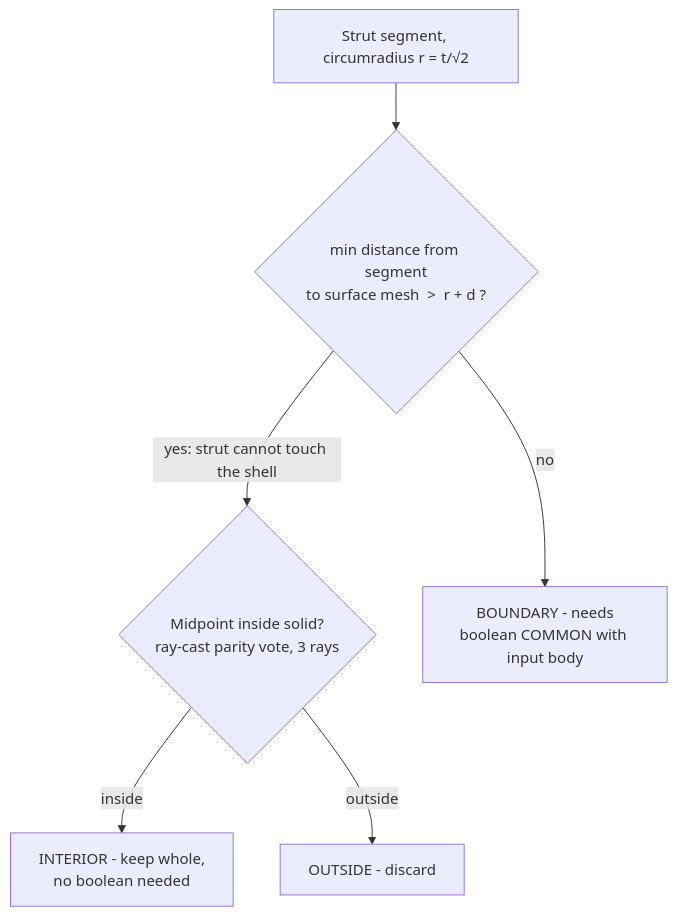
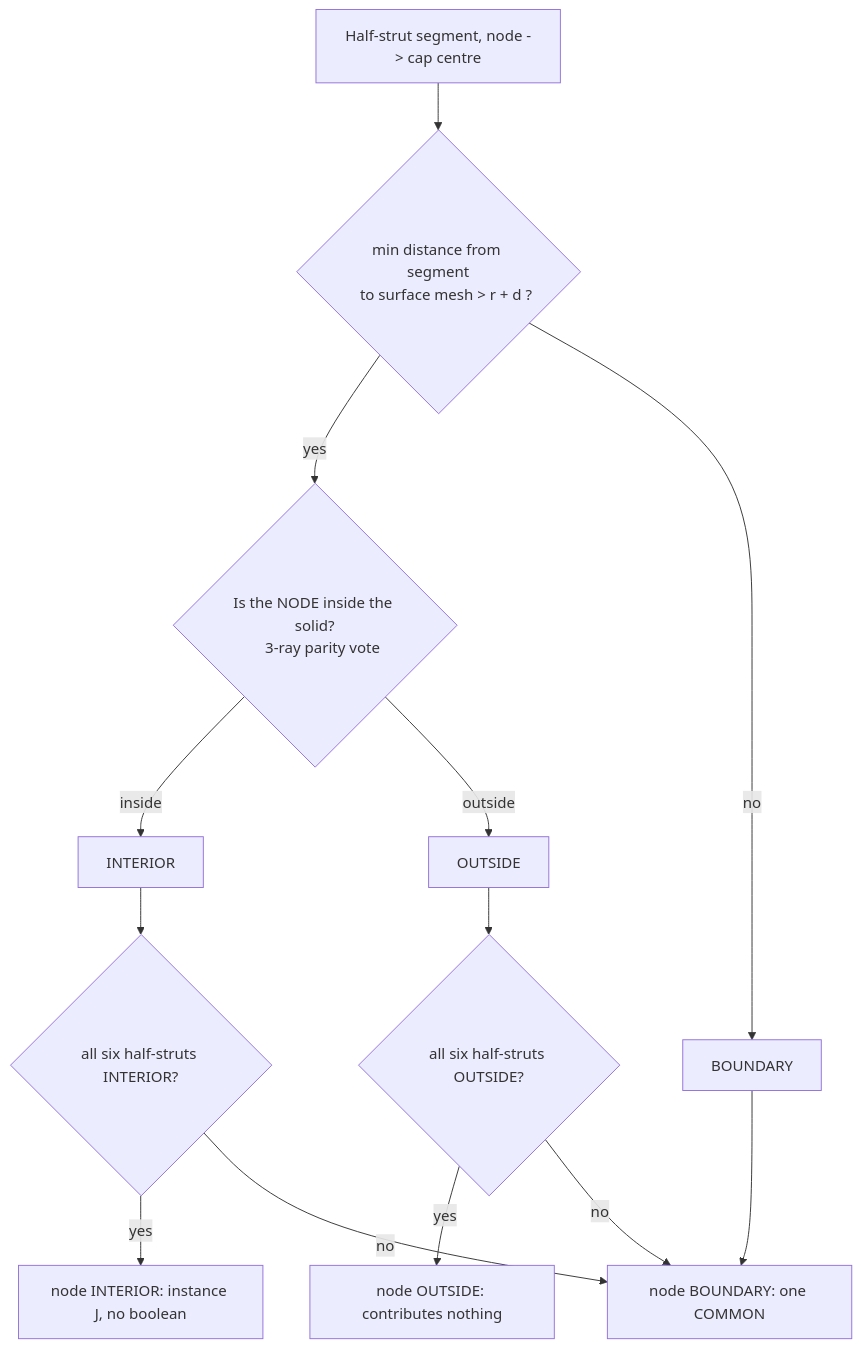
One commit to arnego/latticegen2 changed the second of 2 diagrams in docs/algorithm.md. Above: the diagram before and after it, drawn with Mermaid. The commit also changed other lines of this file and 78 other files, not shown here.

````diff
--- a/docs/algorithm.md
+++ b/docs/algorithm.md
@@ -242,8 +309,17 @@
 ```mermaid
 flowchart TD
-    S[Strut segment, circumradius r = t/√2] --> T{min distance from segment\nto surface mesh  >  r + d ?}
-    T -->|yes: strut cannot touch the shell| U{Midpoint inside solid?\nray-cast parity vote, 3 rays}
-    U -->|inside| V[INTERIOR - keep whole,\nno boolean needed]
-    U -->|outside| W[OUTSIDE - discard]
-    T -->|no| X[BOUNDARY - needs\nboolean COMMON with input body]
+    S[Half-strut segment, node -> cap centre] --> T{min distance from segment
+    to surface mesh > r + d ?}
+    T -->|yes| U{Is the NODE inside the solid?
+    3-ray parity vote}
+    U -->|inside| V[INTERIOR]
+    U -->|outside| W[OUTSIDE]
+    T -->|no| X[BOUNDARY]
+    V --> Y{all six half-struts INTERIOR?}
+    W --> Z{all six half-struts OUTSIDE?}
+    Y -->|yes| YA[node INTERIOR: instance J, no boolean]
+    Z -->|yes| ZA[node OUTSIDE: contributes nothing]
+    Y -->|no| XB[node BOUNDARY: one COMMON]
+    Z -->|no| XB
+    X --> XB
 ```
````
